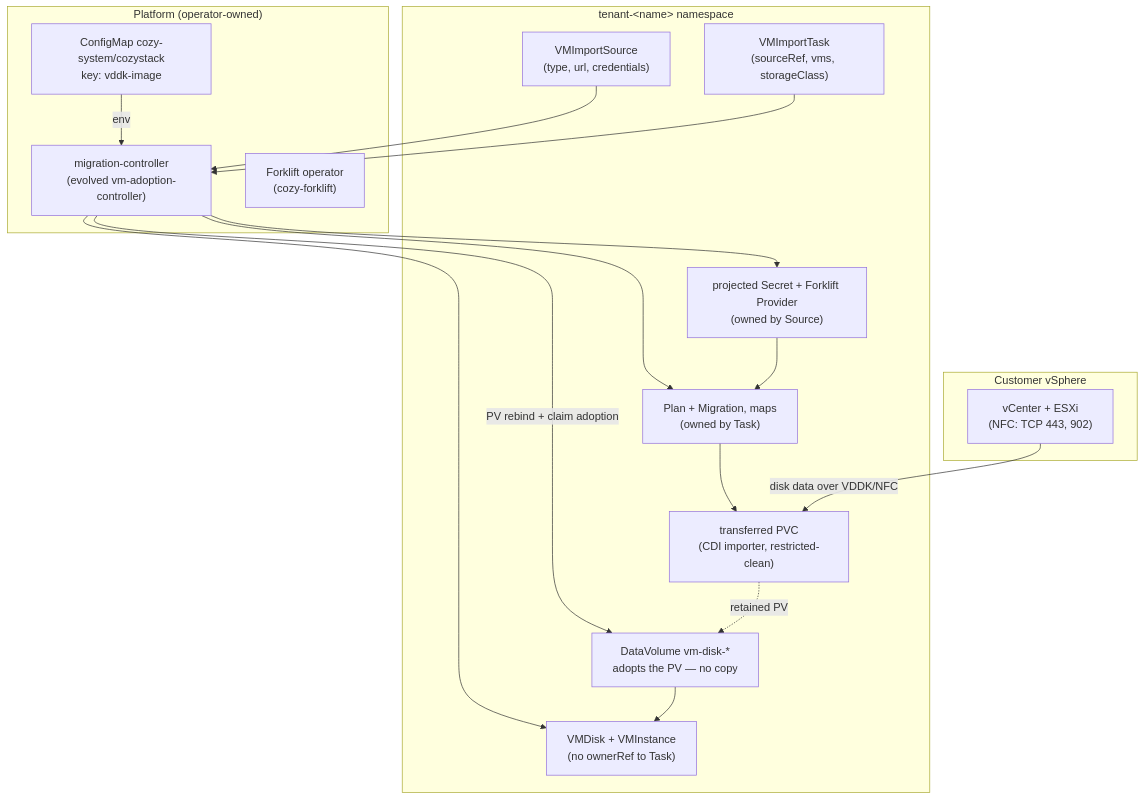
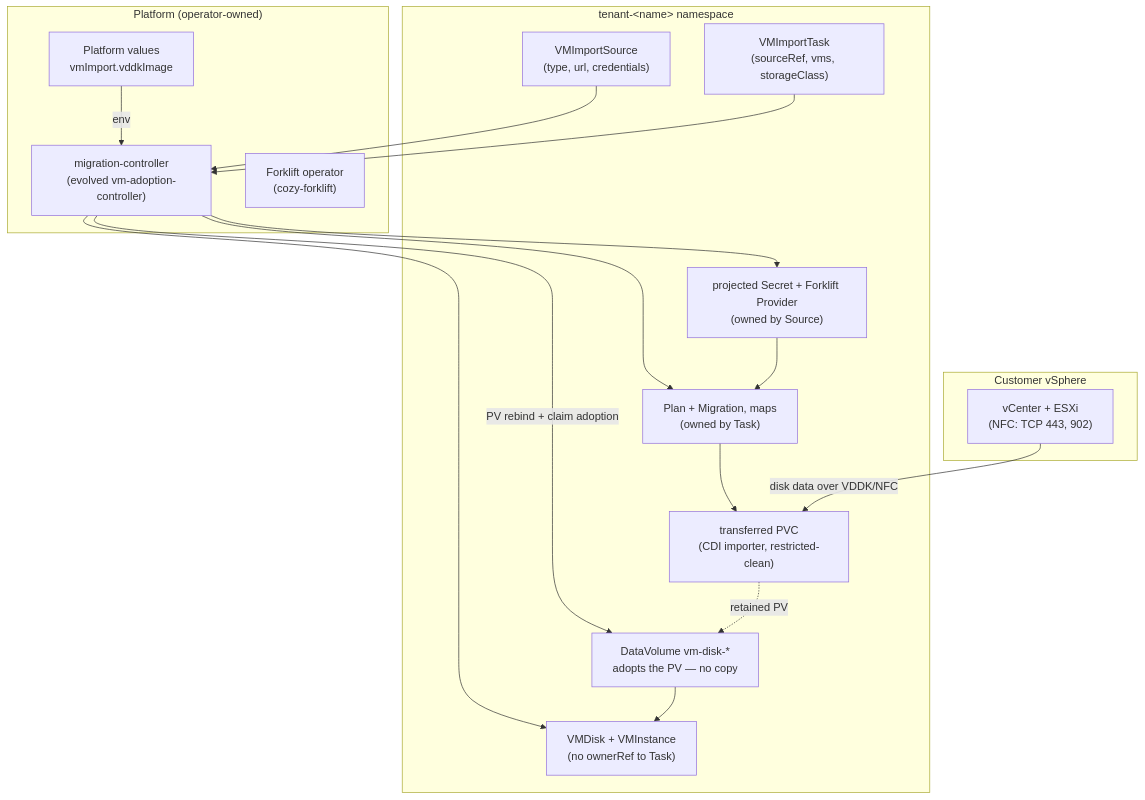
One commit to cozystack/community changed the diagram in design-proposals/vm-import/README.md. Above: the diagram before and after it, drawn with Mermaid. The commit also changed other lines of this file, not shown here.

````diff
--- a/design-proposals/vm-import/README.md
+++ b/design-proposals/vm-import/README.md
@@ -124,32 +128,32 @@
 ```mermaid
 flowchart TB
   subgraph vmware["Customer vSphere"]
     VC["vCenter + ESXi<br/>(NFC: TCP 443, 902)"]
   end
   subgraph platform["Platform (operator-owned)"]
-    CM["ConfigMap cozy-system/cozystack<br/>key: vddk-image"]
+    CM["Platform values<br/>vmImport.vddkImage"]
     CTRL["migration-controller<br/>(evolved vm-adoption-controller)"]
     FK["Forklift operator<br/>(cozy-forklift)"]
   end
   subgraph tenant["tenant-&lt;name&gt; namespace"]
     SRC["VMImportSource<br/>(type, url, credentials)"]
     SEC["projected Secret + Forklift Provider<br/>(owned by Source)"]
     TASK["VMImportTask<br/>(sourceRef, vms, storageClass)"]
     PLAN["Plan + Migration, maps<br/>(owned by Task)"]
     PVC["transferred PVC<br/>(CDI importer, restricted-clean)"]
     DV["DataVolume vm-disk-*<br/>adopts the PV — no copy"]
     OUT["VMDisk + VMInstance<br/>(no ownerRef to Task)"]
   end
   CM -->|"env"| CTRL
   SRC --> CTRL
   CTRL --> SEC
   TASK --> CTRL
   CTRL --> PLAN
   SEC --> PLAN
   VC -->|"disk data over VDDK/NFC"| PVC
   PLAN --> PVC
   CTRL -->|"PV rebind + claim adoption"| DV
   PVC -.->|"retained PV"| DV
   CTRL --> OUT
   DV --> OUT
 ```
````
